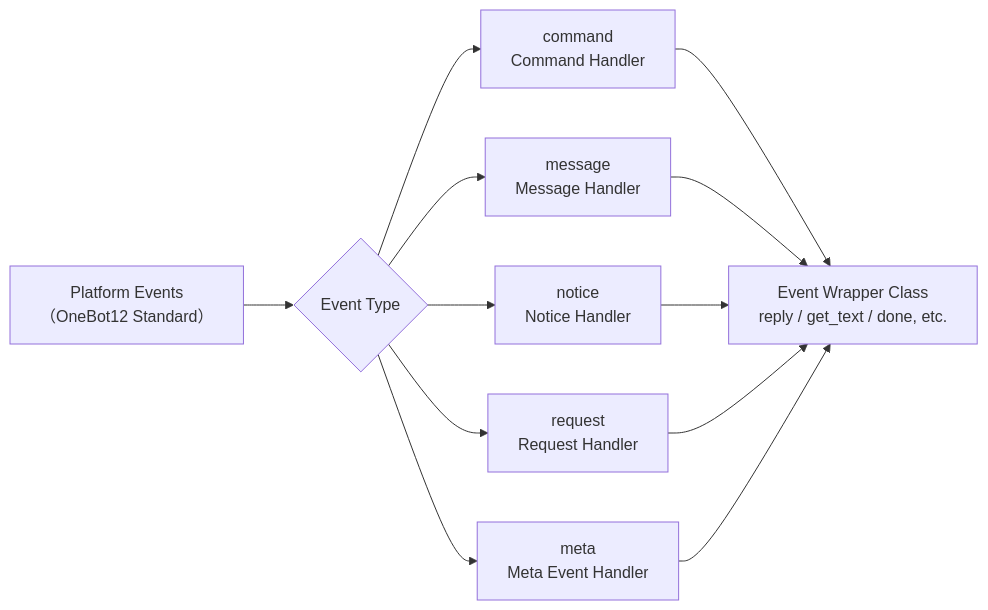
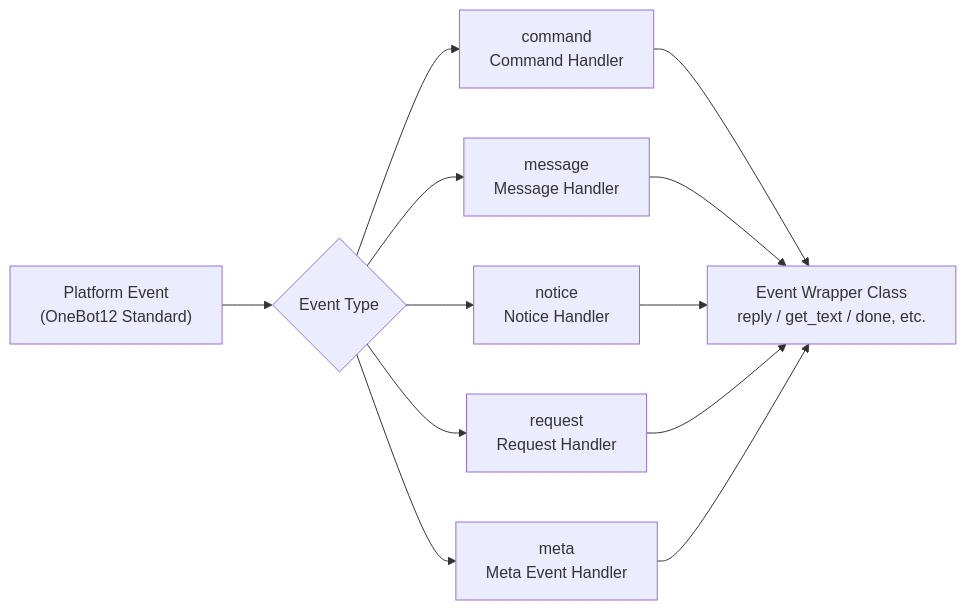
One commit to ErisPulse/ErisPulse changed the diagram in docs/en/api-reference/event-system.md. Above: the diagram before and after it, drawn with Mermaid. The commit also changed other lines of this file and 622 other files, not shown here.

````diff
--- a/docs/en/api-reference/event-system.md
+++ b/docs/en/api-reference/event-system.md
@@ -7,10 +7,10 @@
 ```mermaid
 flowchart LR
-    A["Platform Events<br/>（OneBot12 Standard）"] --> B{"Event Type"}
+    A["Platform Event<br/> (OneBot12 Standard)"] --> B{"Event Type"}
     B --> C["command<br/>Command Handler"]
     B --> D["message<br/>Message Handler"]
     B --> E["notice<br/>Notice Handler"]
     B --> F["request<br/>Request Handler"]
     B --> G["meta<br/>Meta Event Handler"]
     C & D & E & F & G --> H["Event Wrapper Class<br/>reply / get_text / done, etc."]
 ```
````
